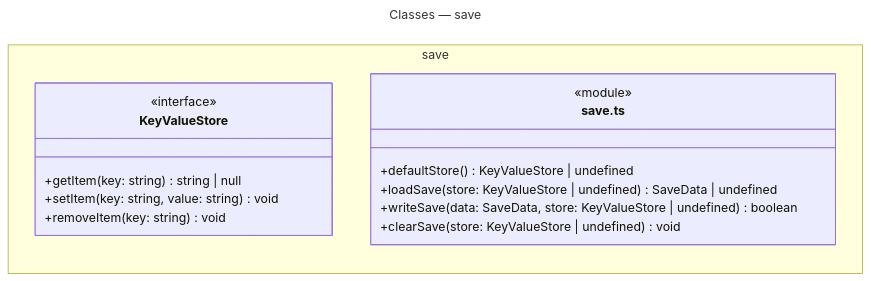
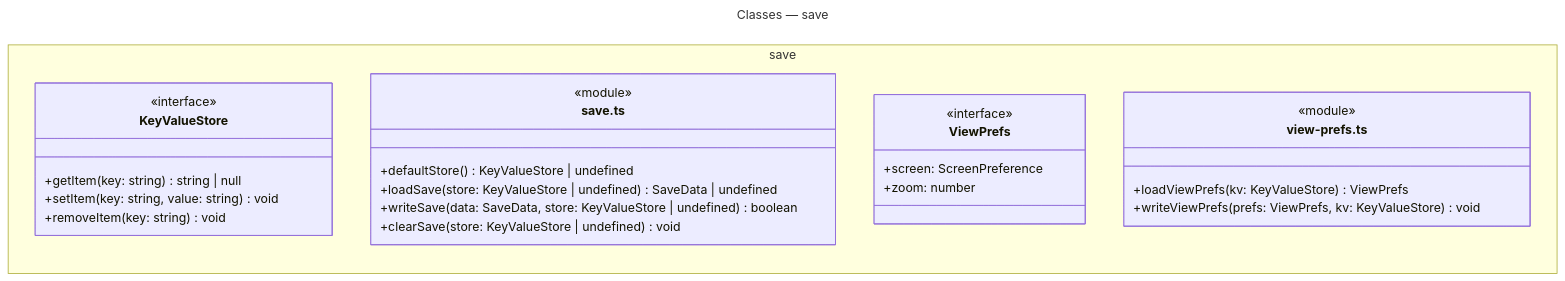
Before and after one commit to Pitossomos/fire-crest: the fifth of 7 diagrams in docs/diagrams/classes.md, drawn with Mermaid. The commit also changed other lines of this file and 25 other files, not shown here.

````diff
--- a/docs/diagrams/classes.md
+++ b/docs/diagrams/classes.md
@@ -1252,22 +1416,32 @@
 ```mermaid
 ---
 title: Classes — save
 ---
 classDiagram
   direction LR
   namespace save {
     class KeyValueStore {
       <<interface>>
       +getItem(key: string) string | null
       +setItem(key: string, value: string) void
       +removeItem(key: string) void
     }
     class mod_save_save["save.ts"] {
       <<module>>
       +defaultStore() KeyValueStore | undefined
       +loadSave(store: KeyValueStore | undefined) SaveData | undefined
       +writeSave(data: SaveData, store: KeyValueStore | undefined) boolean
       +clearSave(store: KeyValueStore | undefined) void
     }
+    class ViewPrefs {
+      <<interface>>
+      +screen: ScreenPreference
+      +zoom: number
+    }
+    class mod_save_view_prefs["view-prefs.ts"] {
+      <<module>>
+      +loadViewPrefs(kv: KeyValueStore) ViewPrefs
+      +writeViewPrefs(prefs: ViewPrefs, kv: KeyValueStore) void
+    }
   }
 ```
````
